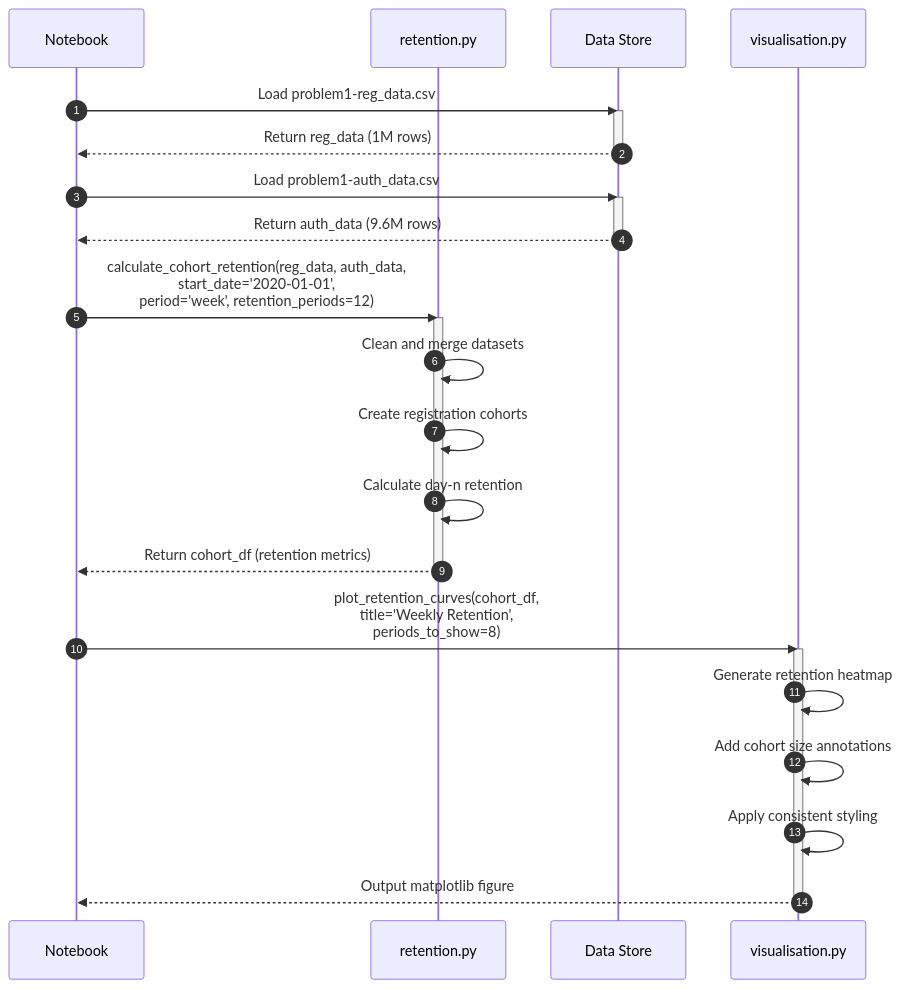
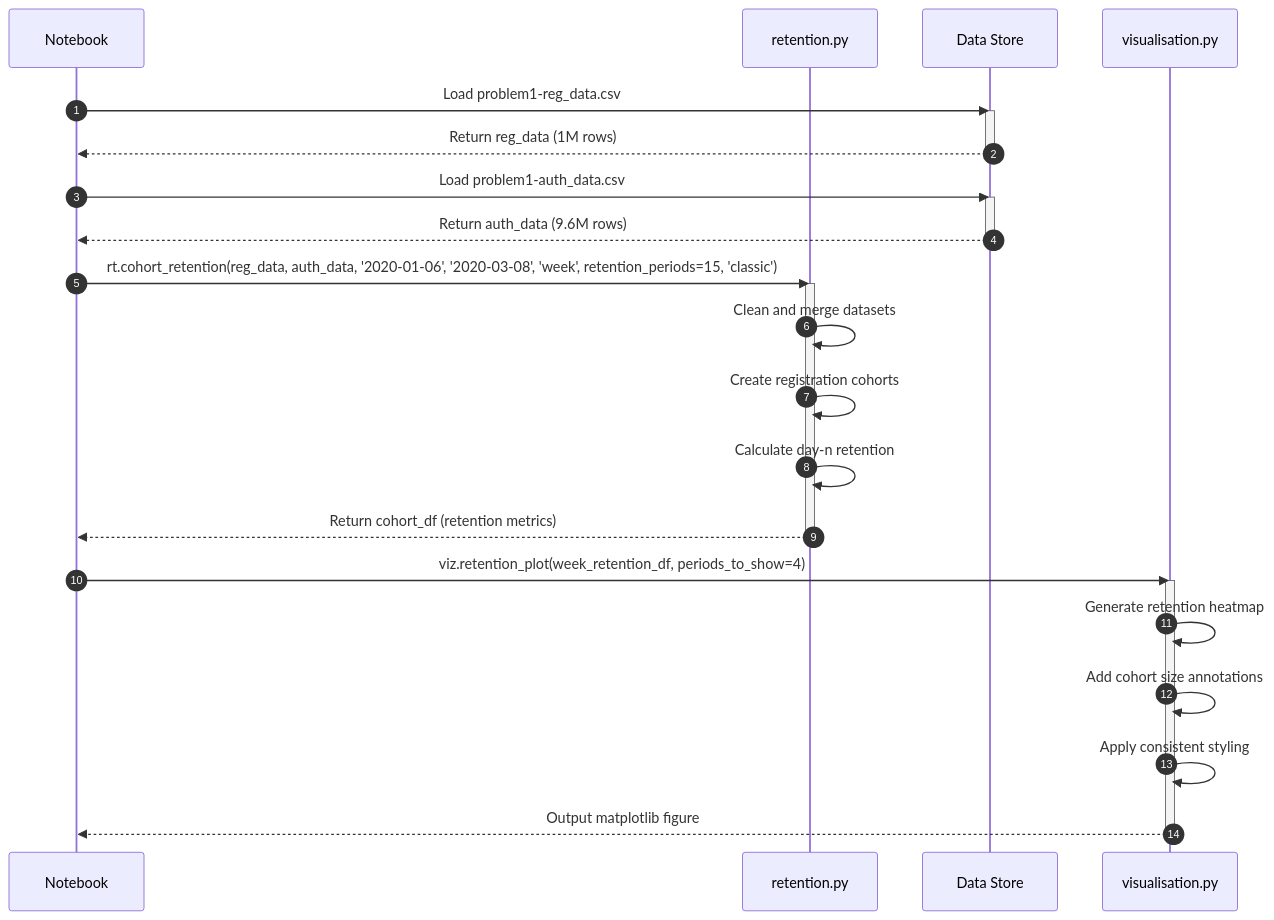
One commit to AleksandrVinnik/Cohort_Retention_and_Poisson_Bootstrap changed the first of 6 diagrams in README.md. Above: the diagram before and after it, drawn with Mermaid. The commit also changed other lines of this file, not shown here.

````diff
--- a/README.md
+++ b/README.md
@@ -13,34 +13,35 @@
 ```mermaid
 sequenceDiagram
     autonumber
     participant J as Notebook
     participant R as retention.py
     participant D as Data Store
     participant V as visualisation.py
     
     J->>D: Load problem1-reg_data.csv
     activate D
     D-->>J: Return reg_data (1M rows)
     deactivate D
     
     J->>D: Load problem1-auth_data.csv
     activate D
     D-->>J: Return auth_data (9.6M rows)
     deactivate D
     
-    J->>R: calculate_cohort_retention(reg_data, auth_data,<br>start_date='2020-01-01',<br>period='week', retention_periods=12)
+    J->>R: rt.cohort_retention(reg_data, auth_data, '2020-01-06', '2020-03-08', 'week', retention_periods=15, 'classic')
     activate R
     R->>R: Clean and merge datasets
     R->>R: Create registration cohorts
     R->>R: Calculate day-n retention
     R-->>J: Return cohort_df (retention metrics)
     deactivate R
     
-    J->>V: plot_retention_curves(cohort_df,<br>title='Weekly Retention',<br>periods_to_show=8)
+    J->>V: viz.retention_plot(week_retention_df, periods_to_show=4)
+
     activate V
     V->>V: Generate retention heatmap
     V->>V: Add cohort size annotations
     V->>V: Apply consistent styling
     V-->>J: Output matplotlib figure
     deactivate V
 ```
````
